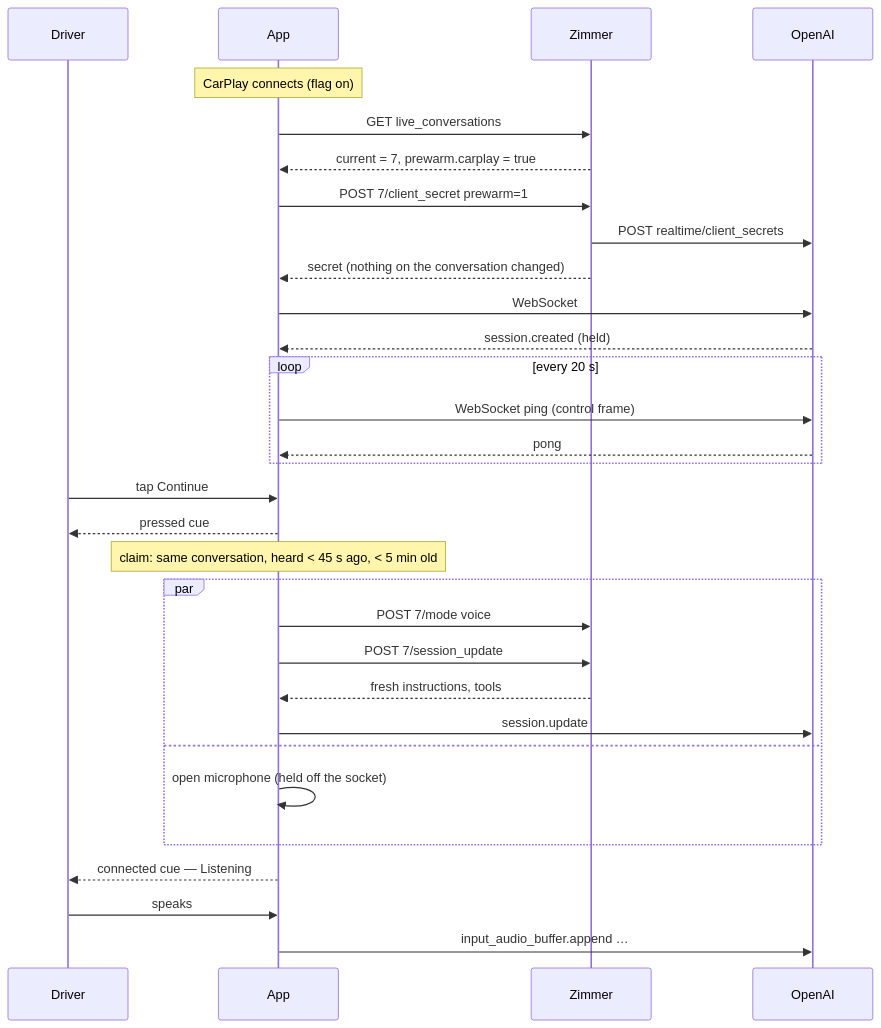
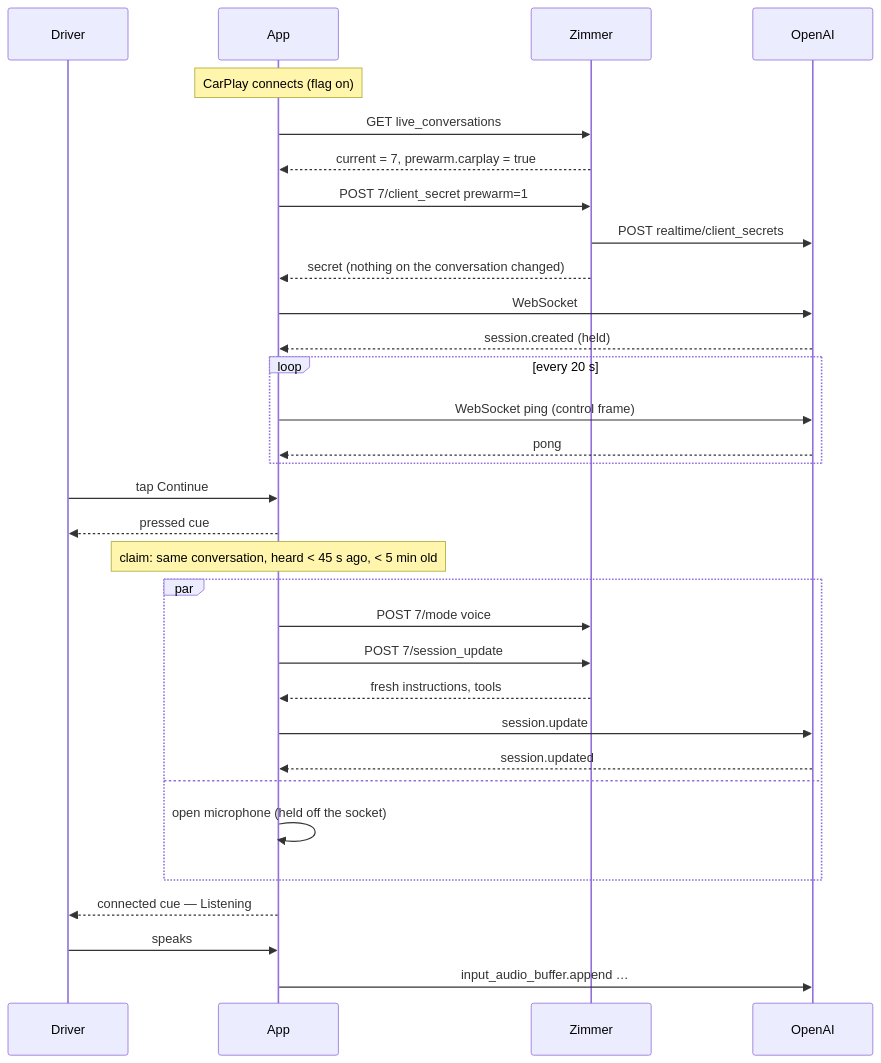
The second of 3 diagrams in ios/CARPLAY_PREWARM_DESIGN.md (tadasant/zimmer), drawn with Mermaid before and after one commit. The commit also changed other lines of this file and 11 other files, not shown here.

````diff
--- a/ios/CARPLAY_PREWARM_DESIGN.md
+++ b/ios/CARPLAY_PREWARM_DESIGN.md
@@ -104,33 +104,34 @@
 ```mermaid
 sequenceDiagram
     participant D as Driver
     participant A as App
     participant Z as Zimmer
     participant O as OpenAI
     Note over A: CarPlay connects (flag on)
     A->>Z: GET live_conversations
     Z-->>A: current = 7, prewarm.carplay = true
     A->>Z: POST 7/client_secret prewarm=1
     Z->>O: POST realtime/client_secrets
     Z-->>A: secret (nothing on the conversation changed)
     A->>O: WebSocket
     O-->>A: session.created (held)
     loop every 20 s
         A->>O: WebSocket ping (control frame)
         O-->>A: pong
     end
     D->>A: tap Continue
     A-->>D: pressed cue
     Note over A: claim: same conversation, heard < 45 s ago, < 5 min old
     par
         A->>Z: POST 7/mode voice
         A->>Z: POST 7/session_update
         Z-->>A: fresh instructions, tools
         A->>O: session.update
+        O-->>A: session.updated
     and
         A->>A: open microphone (held off the socket)
     end
     A-->>D: connected cue — Listening
     D->>A: speaks
     A->>O: input_audio_buffer.append …
 ```
````
